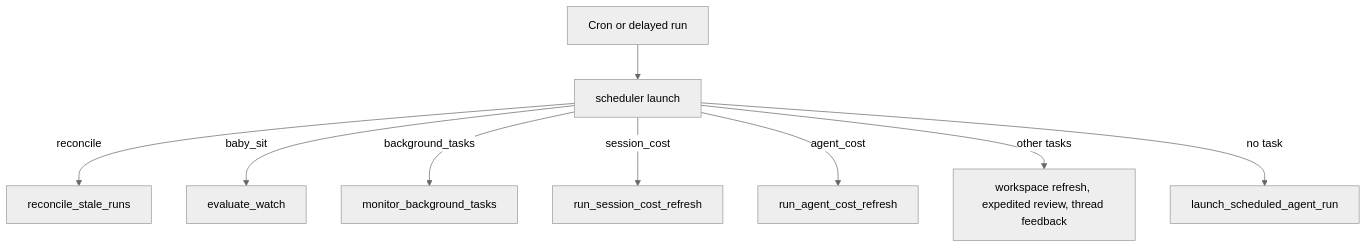
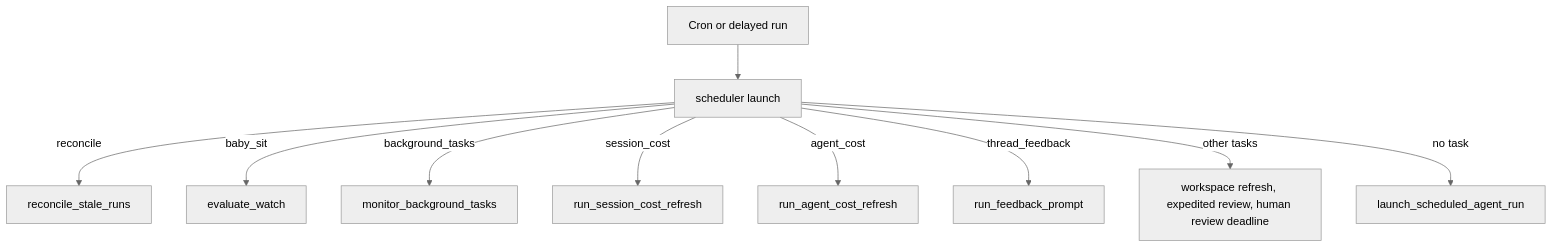
Before and after one commit to aeteq/open-swe: the first of 3 diagrams in openwiki/workflows/scheduling-and-baby-sit.md, drawn with Mermaid (neutral theme). The commit also changed other lines of this file and 38 other files, not shown here.

````diff
--- a/openwiki/workflows/scheduling-and-baby-sit.md
+++ b/openwiki/workflows/scheduling-and-baby-sit.md
@@ -65,11 +65,12 @@
 ```mermaid
 flowchart TD
   Tick["Cron or delayed run"] --> Launch["scheduler launch"]
   Launch -->|reconcile| Reconcile["reconcile_stale_runs"]
   Launch -->|baby_sit| Watch["evaluate_watch"]
   Launch -->|background_tasks| Background["monitor_background_tasks"]
   Launch -->|session_cost| SessionCost["run_session_cost_refresh"]
   Launch -->|agent_cost| AgentCost["run_agent_cost_refresh"]
-  Launch -->|other tasks| Other["workspace refresh, expedited review, thread feedback"]
+  Launch -->|thread_feedback| Feedback["run_feedback_prompt"]
+  Launch -->|other tasks| Other["workspace refresh, expedited review, human review deadline"]
   Launch -->|no task| Schedule["launch_scheduled_agent_run"]
 ```
````
